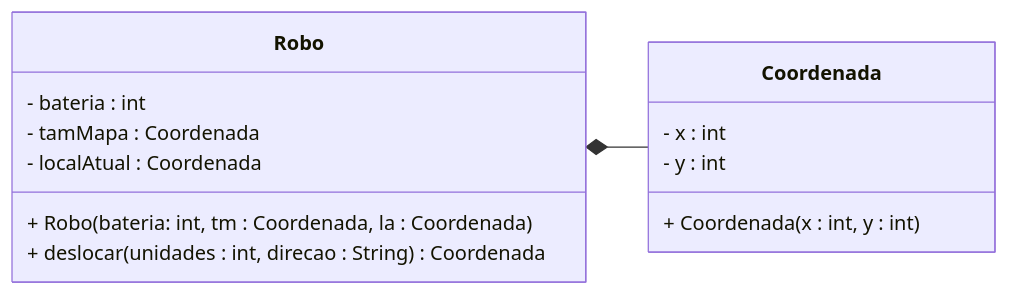
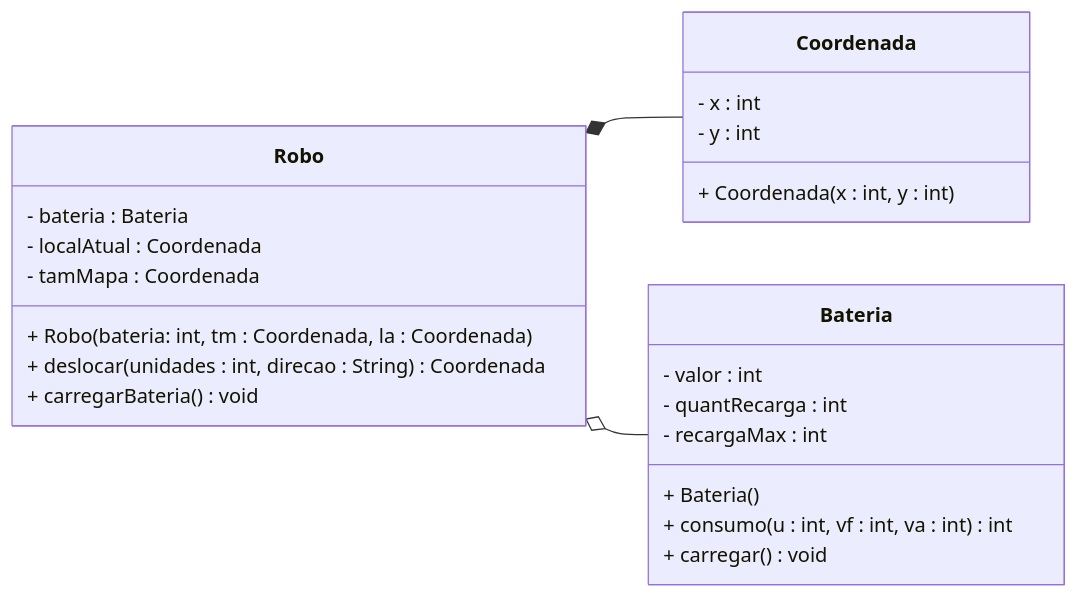
The diagram in aula/2026-10-01/Readme.md (caiowporto/POO), drawn with Mermaid before and after one commit. The commit also changed 5 other files, not shown here.

````diff
--- a/aula/2026-10-01/Readme.md
+++ b/aula/2026-10-01/Readme.md
@@ -1,21 +1,32 @@
 ```mermaid
 classDiagram
     direction LR
     
     class Robo{
-        - bateria : int
+        - bateria : Bateria
+        - localAtual : Coordenada
         - tamMapa : Coordenada
-        - localAtual : Coordenada
         + Robo(bateria: int, tm : Coordenada, la : Coordenada)
         + deslocar(unidades : int, direcao : String) Coordenada
+        + carregarBateria() void
     }
 
     class Coordenada {
         - x : int
         - y : int
         + Coordenada(x : int, y : int)
     }
 
+    class Bateria {
+        - valor : int
+        - quantRecarga : int
+        - recargaMax : int
+        + Bateria() 
+        + consumo(u : int, vf : int, va : int) int
+        + carregar() void
+    }
+
     Robo *-- Coordenada
+    Robo o-- Bateria
     
 ```
````
